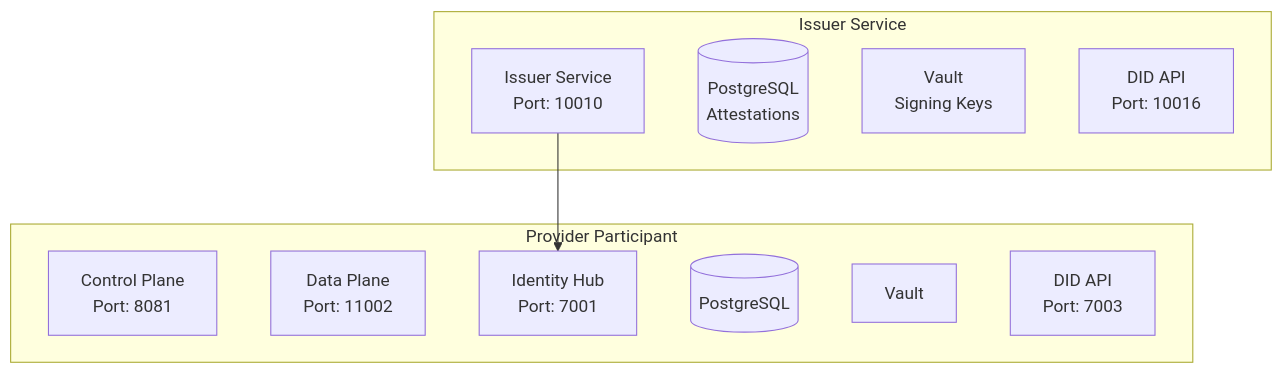
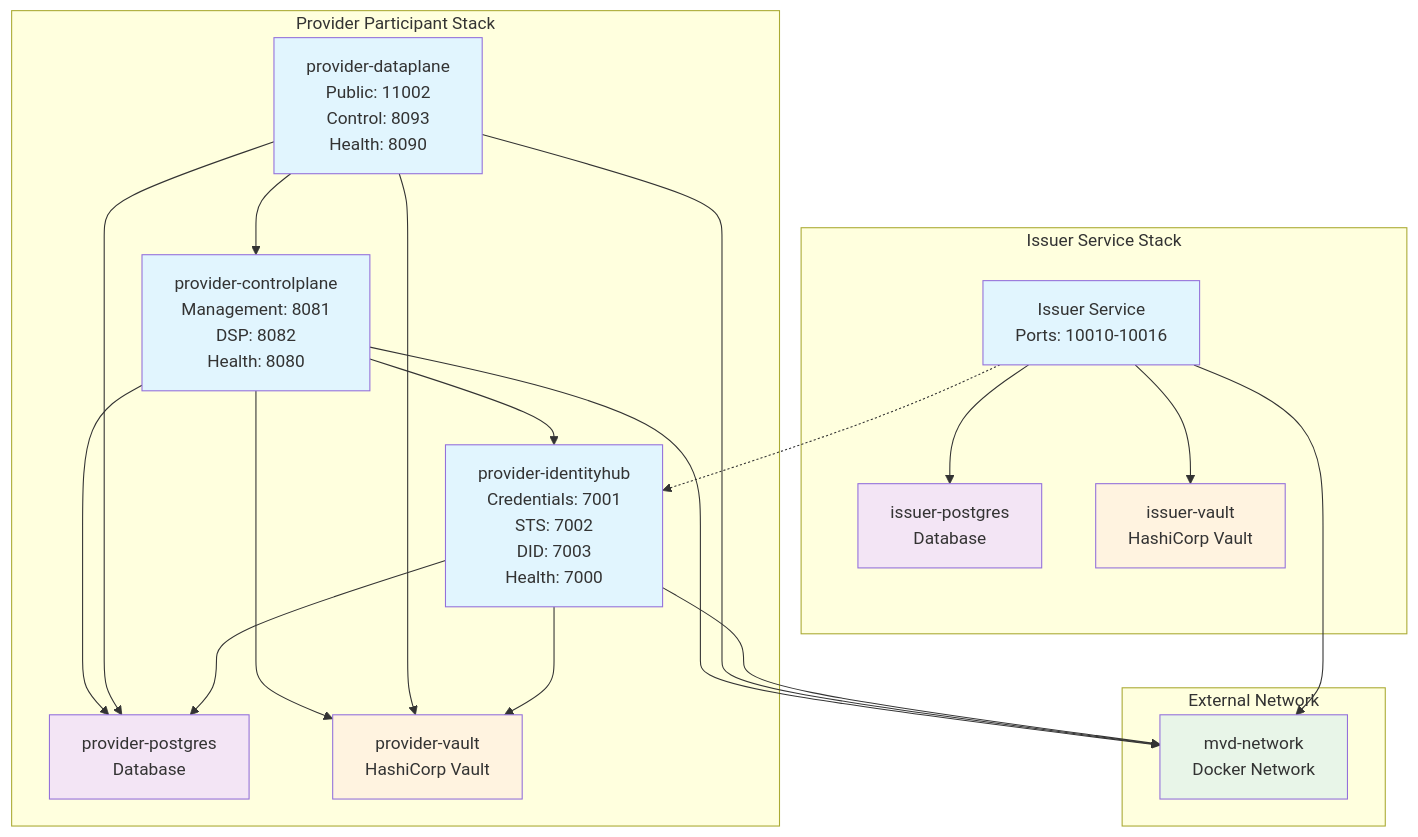
Before and after one commit to fundacionctic/edc-mvd-deploy-kit: the diagram in README.md, drawn with Mermaid. The commit also changed other lines of this file, not shown here.

Commit message:
📝 Update port allocation and service architecture diagram

````diff
--- a/README.md
+++ b/README.md
@@ -102,20 +102,49 @@
 ```mermaid
 graph TB
-    subgraph "Issuer Service"
-        IS[Issuer Service<br/>Port: 10010]
-        IDB[(PostgreSQL<br/>Attestations)]
-        IV[Vault<br/>Signing Keys]
-        IDID[DID API<br/>Port: 10016]
+    subgraph ISS["Issuer Service Stack"]
+        IS["Issuer Service<br/>Ports: 10010-10016"]
+        IDB["issuer-postgres<br/>Database"]
+        IV["issuer-vault<br/>HashiCorp Vault"]
+        
+        IS --> IDB
+        IS --> IV
     end
     
-    subgraph "Provider Participant"
-        PCP[Control Plane<br/>Port: 8081]
-        PDP[Data Plane<br/>Port: 11002]
-        PIH[Identity Hub<br/>Port: 7001]
-        PDB[(PostgreSQL)]
-        PV[Vault]
-        PDID[DID API<br/>Port: 7003]
+    subgraph PSS["Provider Participant Stack"]
+        PCP["provider-controlplane<br/>Management: 8081<br/>DSP: 8082<br/>Health: 8080"]
+        PDP["provider-dataplane<br/>Public: 11002<br/>Control: 8093<br/>Health: 8090"]
+        PIH["provider-identityhub<br/>Credentials: 7001<br/>STS: 7002<br/>DID: 7003<br/>Health: 7000"]
+        
+        PDB["provider-postgres<br/>Database"]
+        PV["provider-vault<br/>HashiCorp Vault"]
+        
+        PCP --> PDB
+        PCP --> PV
+        PCP --> PIH
+        PDP --> PDB
+        PDP --> PV
+        PDP --> PCP
+        PIH --> PDB
+        PIH --> PV
     end
     
-    IS --> PIH
+    subgraph NET_GROUP["External Network"]
+        NET["mvd-network<br/>Docker Network"]
+    end
+    
+    IS -.-> PIH
+    IS --> NET
+    PCP --> NET
+    PDP --> NET
+    PIH --> NET
+    
+    classDef service fill:#e1f5fe
+    classDef database fill:#f3e5f5
+    classDef vault fill:#fff3e0
+    classDef network fill:#e8f5e8
+    
+    class IS,PCP,PDP,PIH service
+    class IDB,PDB database
+    class IV,PV vault
+    class NET network
 ```
````
